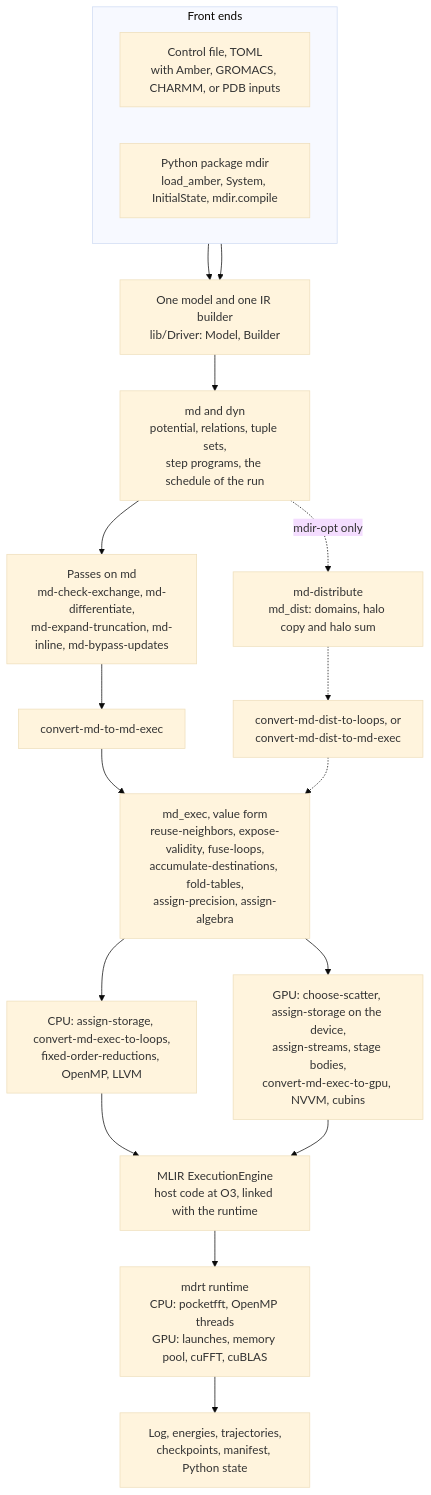
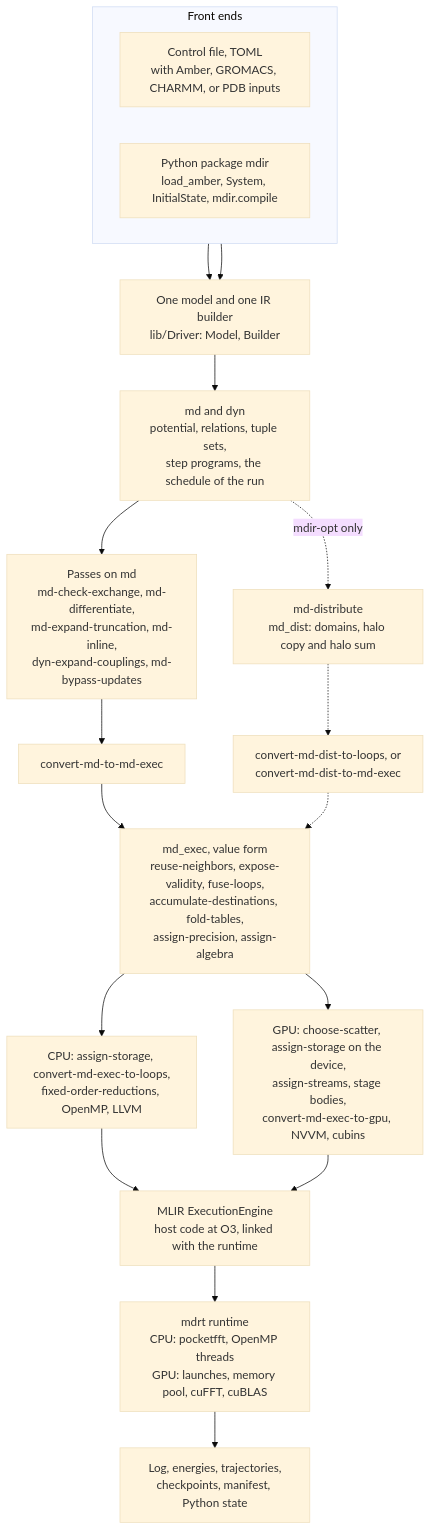
Before and after one commit to vv137/mdir: the first of 4 diagrams in docs/overview.md, drawn with Mermaid (base theme). The commit also changed other lines of this file and 5 other files, not shown here.

````diff
--- a/docs/overview.md
+++ b/docs/overview.md
@@ -72,23 +72,23 @@
 ```mermaid
 flowchart TD
     subgraph FE["Front ends"]
         direction LR
         CF["Control file, TOML<br/>with Amber, GROMACS, CHARMM, or PDB inputs"]
         PY["Python package mdir<br/>load_amber, System, InitialState, mdir.compile"]
     end
     CF --> MODEL["One model and one IR builder<br/>lib/Driver: Model, Builder"]
     PY --> MODEL
     MODEL --> SEM["md and dyn<br/>potential, relations, tuple sets,<br/>step programs, the schedule of the run"]
-    SEM --> MDP["Passes on md<br/>md-check-exchange, md-differentiate,<br/>md-expand-truncation, md-inline, md-bypass-updates"]
+    SEM --> MDP["Passes on md<br/>md-check-exchange, md-differentiate,<br/>md-expand-truncation, md-inline,<br/>dyn-expand-couplings, md-bypass-updates"]
     MDP --> CONV["convert-md-to-md-exec"]
     CONV --> EXV["md_exec, value form<br/>reuse-neighbors, expose-validity, fuse-loops,<br/>accumulate-destinations, fold-tables,<br/>assign-precision, assign-algebra"]
     EXV --> CPU["CPU: assign-storage, convert-md-exec-to-loops,<br/>fixed-order-reductions, OpenMP, LLVM"]
     EXV --> GPU["GPU: choose-scatter, assign-storage on the device,<br/>assign-streams, stage bodies,<br/>convert-md-exec-to-gpu, NVVM, cubins"]
     CPU --> JIT["MLIR ExecutionEngine<br/>host code at O3, linked with the runtime"]
     GPU --> JIT
     JIT --> RT["mdrt runtime<br/>CPU: pocketfft, OpenMP threads<br/>GPU: launches, memory pool, cuFFT, cuBLAS"]
     RT --> OUT["Log, energies, trajectories,<br/>checkpoints, manifest, Python state"]
     SEM -.->|"mdir-opt only"| DIST["md-distribute<br/>md_dist: domains, halo copy and halo sum"]
     DIST -.-> DL["convert-md-dist-to-loops, or<br/>convert-md-dist-to-md-exec"]
     DL -.-> EXV
 ```
````
